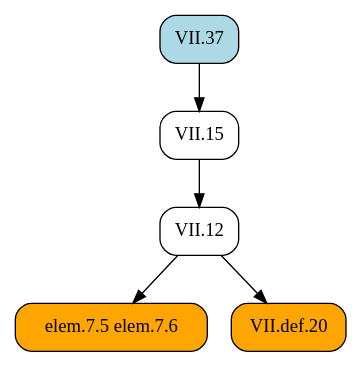
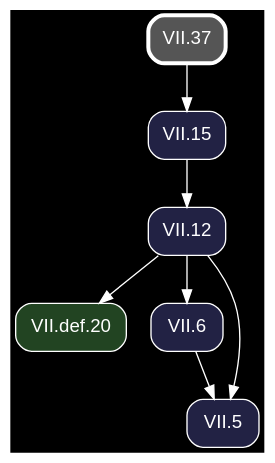
One commit to geometor/elements changed the diagram in docsrc/heath/VII/37/index.rst. Above: the diagram before and after it, drawn with Graphviz. The commit also changed other lines of this file and 1200 other files, not shown here.

Commit message:
update dependency graphs

```diff
--- a/docsrc/heath/VII/37/index.rst
+++ b/docsrc/heath/VII/37/index.rst
@@ -32,15 +32,20 @@
 .. graphviz::
 
    digraph {
+     bgcolor="black";
+     node [shape=box, style="rounded,filled", fontname="Helvetica", color="white", fontcolor="white"];
+     edge [color="white", fontcolor="white"];
      rankdir="TB";
-     node [shape=box, style=rounded];
-     "VII.12" [URL="/heath/VII/12/", target="_top"];
-     "elem.7.5 elem.7.6" [style="rounded,filled", fillcolor=orange];
-     "VII.37" [style="rounded,filled", fillcolor=lightblue, URL="/heath/VII/37/", target="_top"];
-     "VII.def.20" [style="rounded,filled", fillcolor=orange, URL="/heath/VII/def.20/", target="_top"];
-     "VII.15" [URL="/heath/VII/15/", target="_top"];
+     "VII.def.20" [fillcolor="#224422", URL="/heath/VII/def.20/", target="_top"];
+     "VII.37" [penwidth=3, color="white", fillcolor="#555555", URL="/heath/VII/37/", target="_top"];
+     "VII.12" [fillcolor="#222244", URL="/heath/VII/12/", target="_top"];
+     "VII.6" [fillcolor="#222244", URL="/heath/VII/6/", target="_top"];
+     "VII.15" [fillcolor="#222244", URL="/heath/VII/15/", target="_top"];
+     "VII.5" [fillcolor="#222244", URL="/heath/VII/5/", target="_top"];
+     "VII.12" -> "VII.def.20";
      "VII.15" -> "VII.12";
-     "VII.12" -> "elem.7.5 elem.7.6";
-     "VII.12" -> "VII.def.20";
+     "VII.12" -> "VII.6";
      "VII.37" -> "VII.15";
+     "VII.6" -> "VII.5";
+     "VII.12" -> "VII.5";
    }
```
